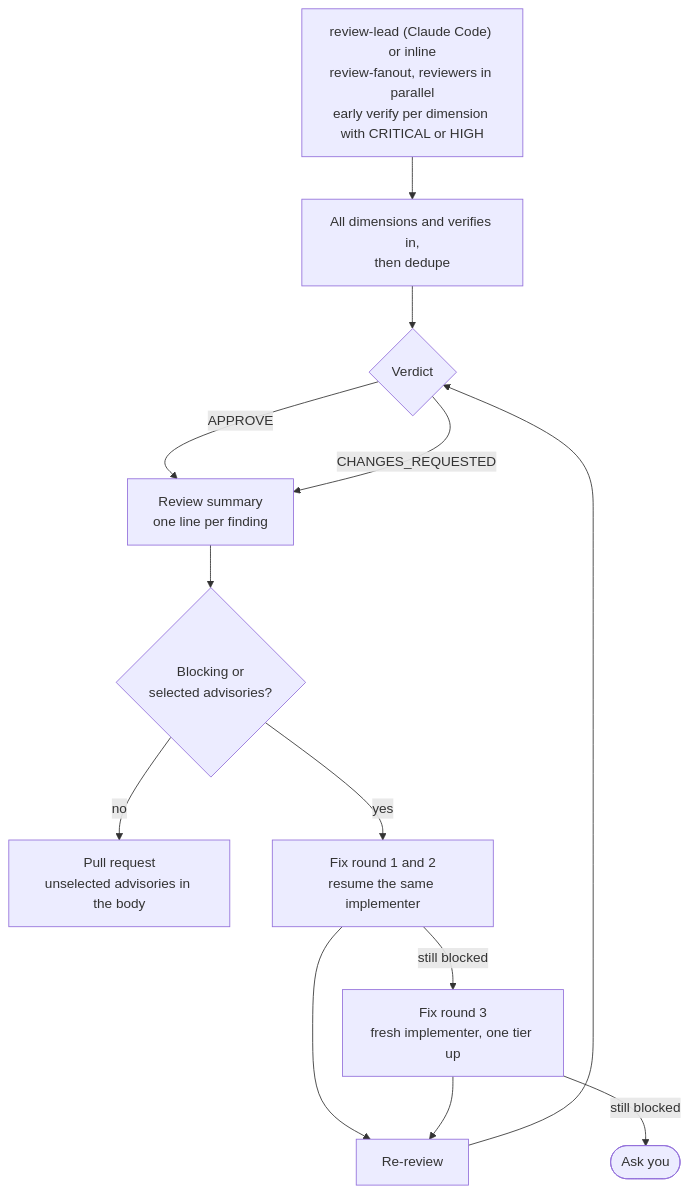
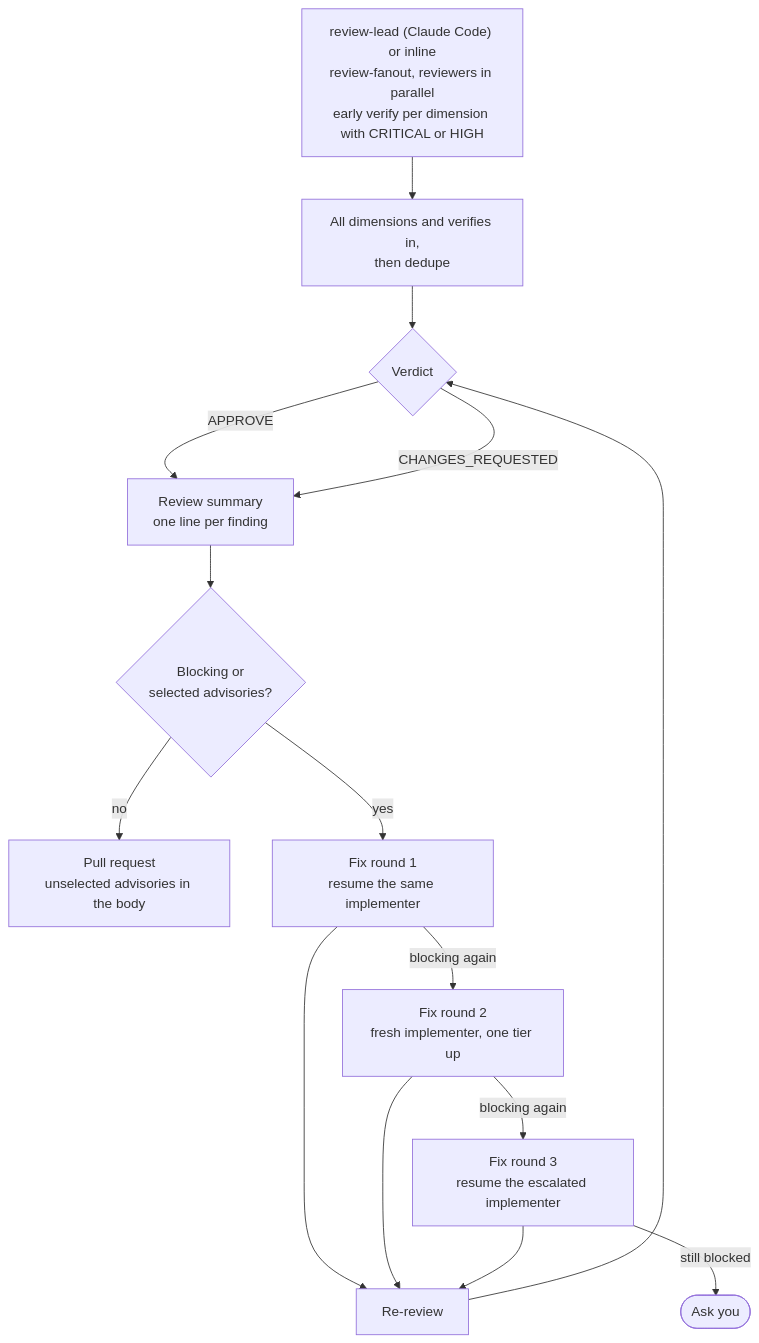
The sixth of 11 diagrams in docs/orchestrator.md (GravionLabs/apm-hub), drawn with Mermaid before and after one commit. The commit also changed other lines of this file and 26 other files, not shown here.

````diff
--- a/docs/orchestrator.md
+++ b/docs/orchestrator.md
@@ -179,15 +179,17 @@
 ```mermaid
 flowchart TD
     A["review-lead (Claude Code) or inline<br/>review-fanout, reviewers in parallel<br/>early verify per dimension with CRITICAL or HIGH"] --> B["All dimensions and verifies in,<br/>then dedupe"]
     B --> C{"Verdict"}
     C -->|"APPROVE"| D["Review summary<br/>one line per finding"]
     C -->|"CHANGES_REQUESTED"| D
     D --> E{"Blocking or<br/>selected advisories?"}
     E -->|"no"| PR["Pull request<br/>unselected advisories in the body"]
-    E -->|"yes"| F["Fix round 1 and 2<br/>resume the same implementer"]
+    E -->|"yes"| F["Fix round 1<br/>resume the same implementer"]
     F --> G["Re-review"]
     G --> C
-    F -->|"still blocked"| H["Fix round 3<br/>fresh implementer, one tier up"]
+    F -->|"blocking again"| H["Fix round 2<br/>fresh implementer, one tier up"]
     H --> G
-    H -->|"still blocked"| Q(["Ask you"])
+    H -->|"blocking again"| J["Fix round 3<br/>resume the escalated implementer"]
+    J --> G
+    J -->|"still blocked"| Q(["Ask you"])
 ```
````
